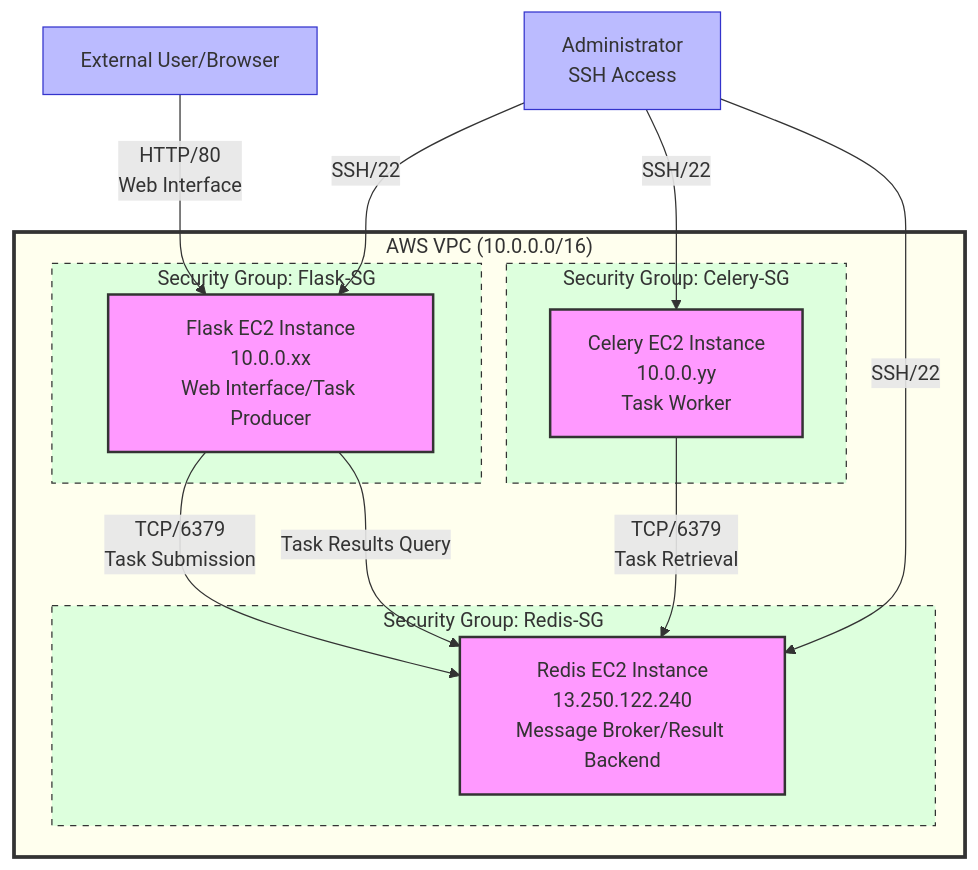
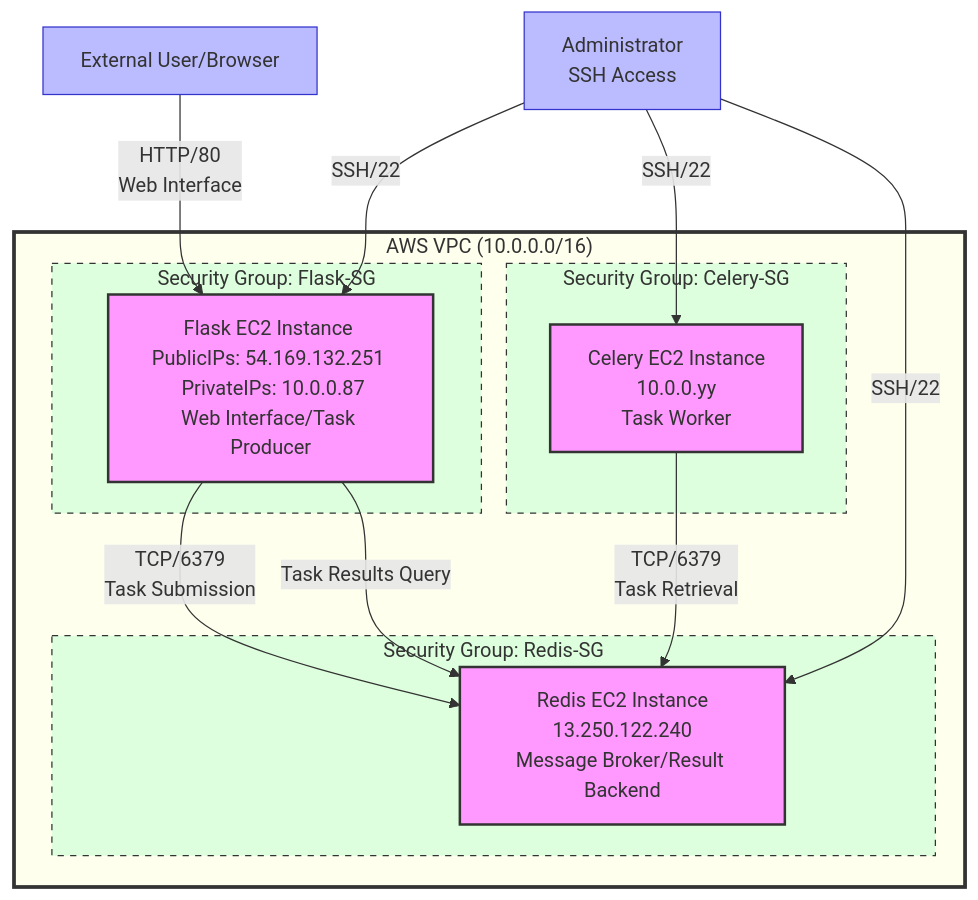
Before and after one commit to Jilan5/Deploying-a-Distributed-Task-Queue-Architecture-on-AWS-EC2: the diagram in README.md, drawn with Mermaid.

````diff
--- a/README.md
+++ b/README.md
@@ -23,45 +23,45 @@
 ```mermaid
 graph TD
     %% Define the VPC boundary
     subgraph AWS_VPC["AWS VPC (10.0.0.0/16)"]
         %% Define the instances
-        FlaskEC2["Flask EC2 Instance\n10.0.0.xx\nWeb Interface/Task Producer"]
+        FlaskEC2["Flask EC2 Instance \n PublicIPs: 54.169.132.251    PrivateIPs: 10.0.0.87 \nWeb Interface/Task Producer"]
         CeleryEC2["Celery EC2 Instance\n10.0.0.yy\nTask Worker"]
         RedisEC2["Redis EC2 Instance\n13.250.122.240\nMessage Broker/Result Backend"]
         
         %% Define security groups
         subgraph FlaskSG["Security Group: Flask-SG"]
             FlaskEC2
         end
         
         subgraph CelerySG["Security Group: Celery-SG"]
             CeleryEC2
         end
         
         subgraph RedisSG["Security Group: Redis-SG"]
             RedisEC2
         end
         
         %% Define connections
         FlaskEC2 -->|TCP/6379\nTask Submission| RedisEC2
         CeleryEC2 -->|TCP/6379\nTask Retrieval| RedisEC2
         FlaskEC2 -->|Task Results Query| RedisEC2
     end
     
     %% External connections
     User["External User/Browser"] -->|HTTP/80\nWeb Interface| FlaskEC2
     Admin["Administrator\nSSH Access"] -->|SSH/22| FlaskEC2
     Admin -->|SSH/22| CeleryEC2
     Admin -->|SSH/22| RedisEC2
     
     %% Styling
     classDef ec2 fill:#f9f,stroke:#333,stroke-width:2px;
     classDef sg fill:#dfd,stroke:#333,stroke-width:1px,stroke-dasharray: 5 5;
     classDef external fill:#bbf,stroke:#33c,stroke-width:1px;
     classDef vpc fill:#ffe,stroke:#333,stroke-width:3px;
     
     class FlaskEC2,CeleryEC2,RedisEC2 ec2;
     class FlaskSG,CelerySG,RedisSG sg;
     class User,Admin external;
     class AWS_VPC vpc;
 ```
````
